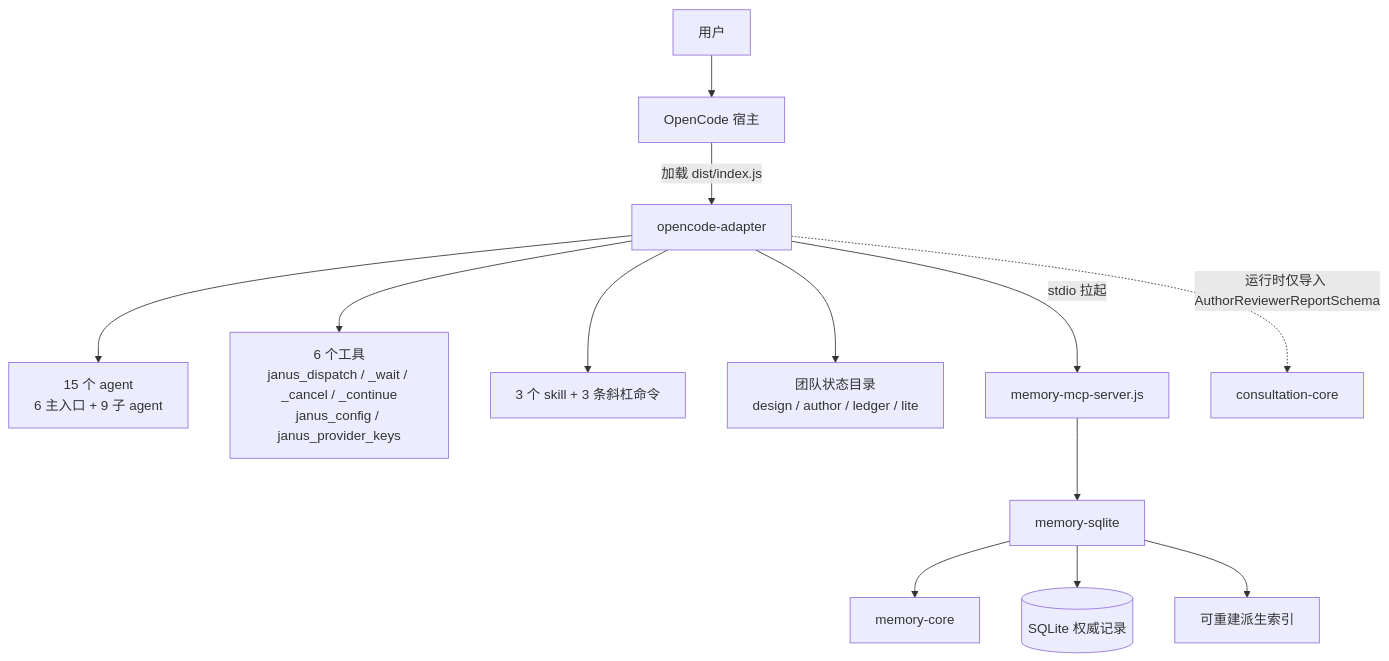
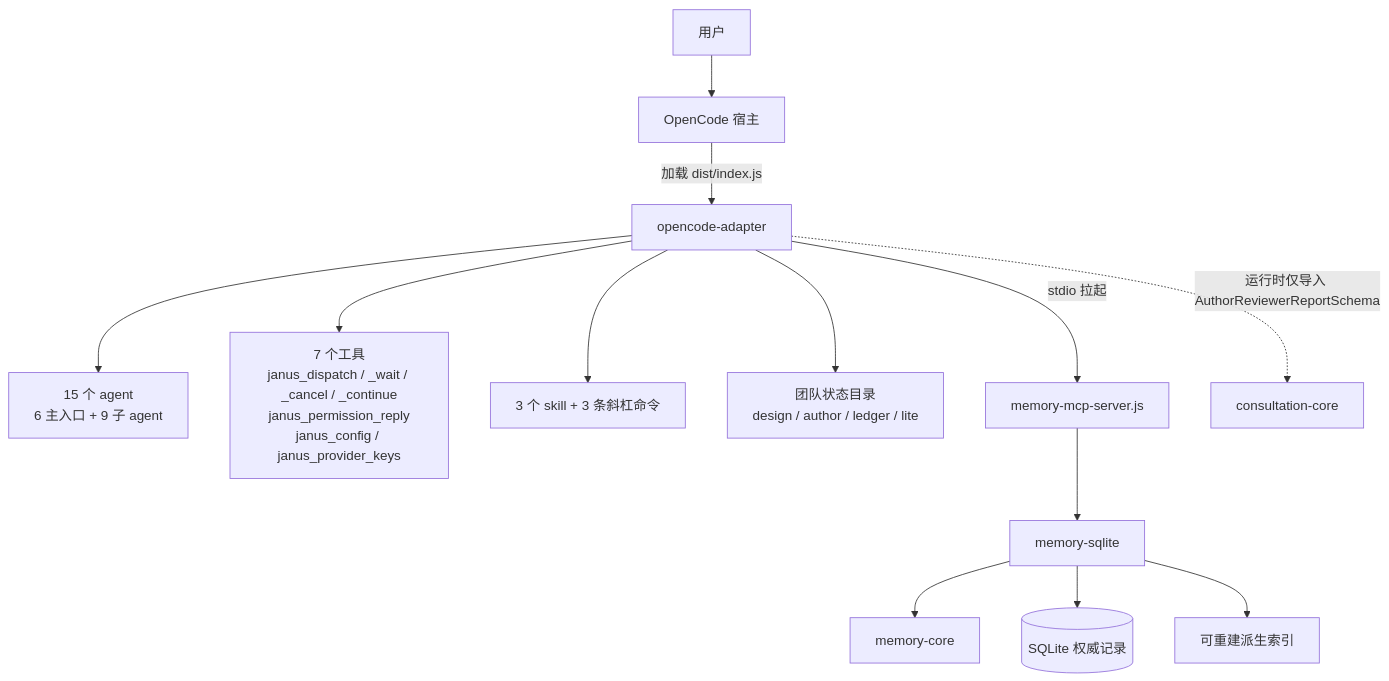
Before and after one commit to Arrowyi/janus-agent-plugin: the diagram in docs/architecture.md, drawn with Mermaid. The commit also changed other lines of this file and 54 other files, not shown here.

````diff
--- a/docs/architecture.md
+++ b/docs/architecture.md
@@ -15,15 +15,15 @@
 ```mermaid
 flowchart TB
     U[用户] --> HOST[OpenCode 宿主]
     HOST -->|"加载 dist/index.js"| OA[opencode-adapter]
     OA --> AG["15 个 agent<br/>6 主入口 + 9 子 agent"]
-    OA --> TL["6 个工具<br/>janus_dispatch / _wait / _cancel / _continue<br/>janus_config / janus_provider_keys"]
+    OA --> TL["7 个工具<br/>janus_dispatch / _wait / _cancel / _continue<br/>janus_permission_reply<br/>janus_config / janus_provider_keys"]
     OA --> SK["3 个 skill + 3 条斜杠命令"]
     OA --> ST["团队状态目录<br/>design / author / ledger / lite"]
     OA -->|"stdio 拉起"| MCP["memory-mcp-server.js"]
     MCP --> SQ[memory-sqlite]
     SQ --> MC[memory-core]
     SQ --> DB[("SQLite 权威记录")]
     SQ --> IDX["可重建派生索引"]
     OA -.->|"运行时仅导入 AuthorReviewerReportSchema"| CC[consultation-core]
 ```
````
